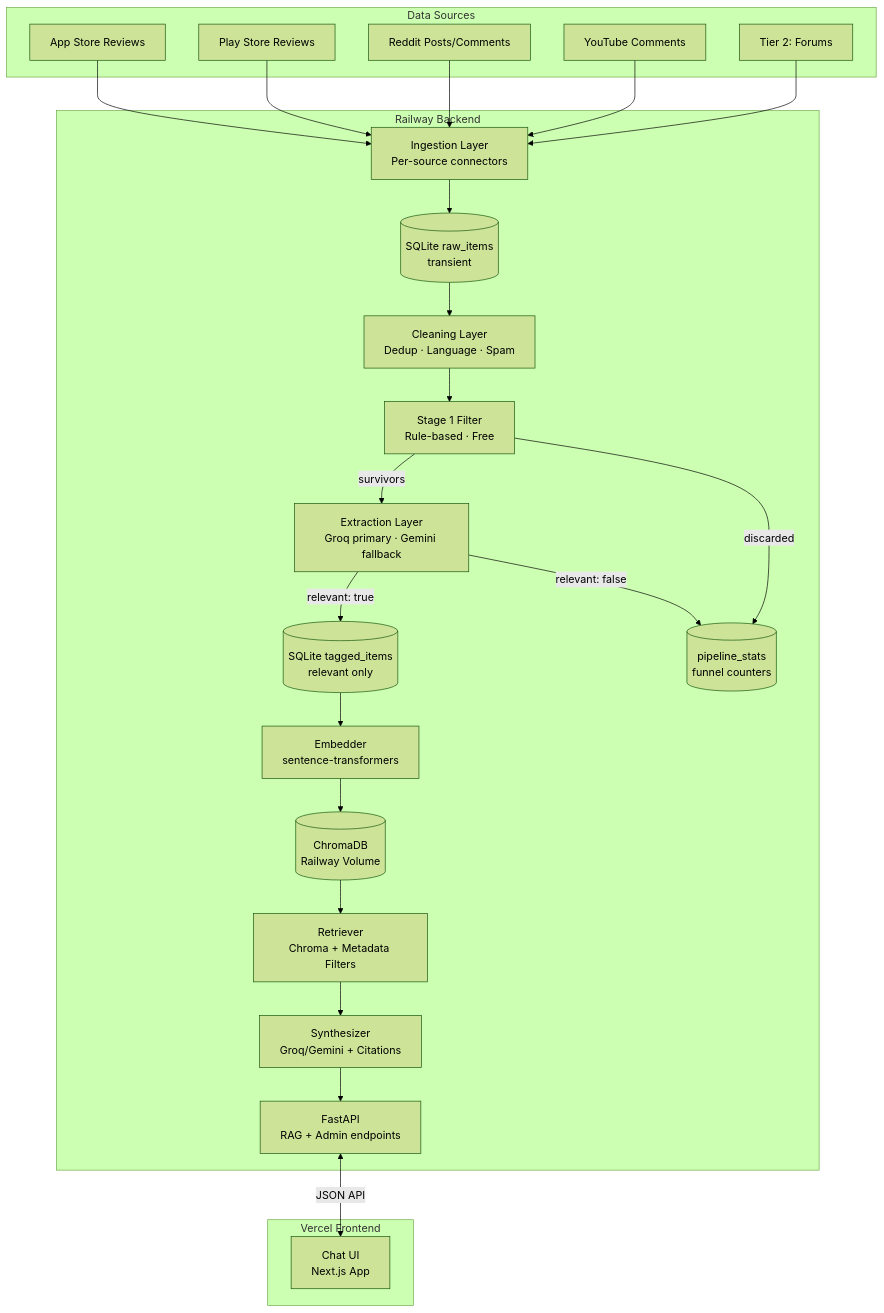
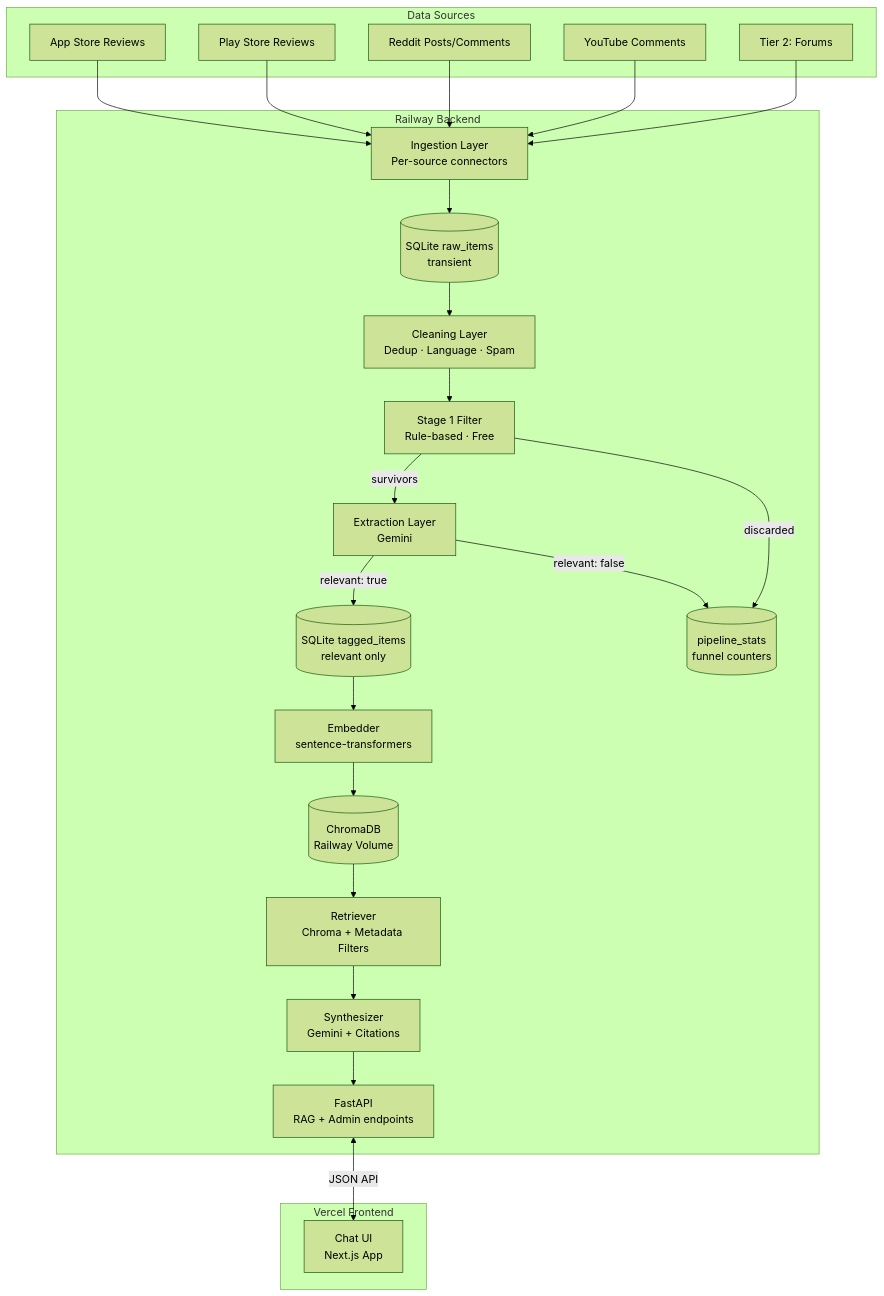
Before and after one commit to shreyashf80/AI-Powered-Discovery-Engine-Blinkit: the diagram in docs/architecture.md, drawn with Mermaid (forest theme). The commit also changed other lines of this file and 4 other files, not shown here.

Commit message:
Update docs: remove Groq and update Gemini model to gemini-3.6-flash

````diff
--- a/docs/architecture.md
+++ b/docs/architecture.md
@@ -583,44 +583,44 @@
 ```mermaid
 flowchart TD
     subgraph Sources["Data Sources"]
         AS[App Store Reviews]
         PS[Play Store Reviews]
         RD[Reddit Posts/Comments]
         YT[YouTube Comments]
         T2[Tier 2: Forums]
     end
 
     subgraph Railway["Railway Backend"]
         ING[Ingestion Layer<br/>Per-source connectors]
         RAW[(SQLite raw_items<br/>transient)]
         CLN[Cleaning Layer<br/>Dedup · Language · Spam]
         RF1[Stage 1 Filter<br/>Rule-based · Free]
-        EXT[Extraction Layer<br/>Groq primary · Gemini fallback]
+        EXT[Extraction Layer<br/>Gemini]
         TAG[(SQLite tagged_items<br/>relevant only)]
         STATS[(pipeline_stats<br/>funnel counters)]
         EMB[Embedder<br/>sentence-transformers]
         CHR[(ChromaDB<br/>Railway Volume)]
         API[FastAPI<br/>RAG + Admin endpoints]
         RET[Retriever<br/>Chroma + Metadata Filters]
-        SYN[Synthesizer<br/>Groq/Gemini + Citations]
+        SYN[Synthesizer<br/>Gemini + Citations]
     end
 
     subgraph Vercel["Vercel Frontend"]
         UI[Chat UI<br/>Next.js App]
     end
 
     AS & PS & RD & YT & T2 --> ING
     ING --> RAW
     RAW --> CLN
     CLN --> RF1
     RF1 -->|survivors| EXT
     RF1 -->|discarded| STATS
     EXT -->|relevant: true| TAG
     EXT -->|relevant: false| STATS
     TAG --> EMB
     EMB --> CHR
     CHR --> RET
     RET --> SYN
     SYN --> API
     API <-->|JSON API| UI
 ```
````
